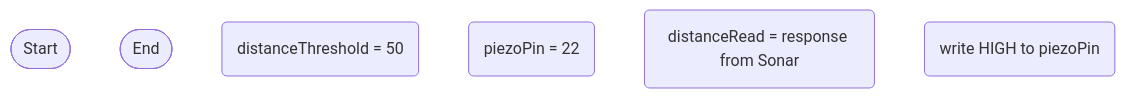
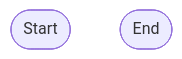
The diagram in logic.md (Zac2259/Smart-Turret), drawn with Mermaid before and after one commit.

````diff
--- a/logic.md
+++ b/logic.md
@@ -1,9 +1,6 @@
  ```mermaid
  flowchart TD
 terminalStart([Start])
  terminalEnd([End])
- thresholdSet(distanceThreshold = 50)
-setPiezoPin(piezoPin = 22)
-currentDistanceReading(distanceRead = response from Sonar)
-activatePiezo(write HIGH to piezoPin)
+
  ```
````
